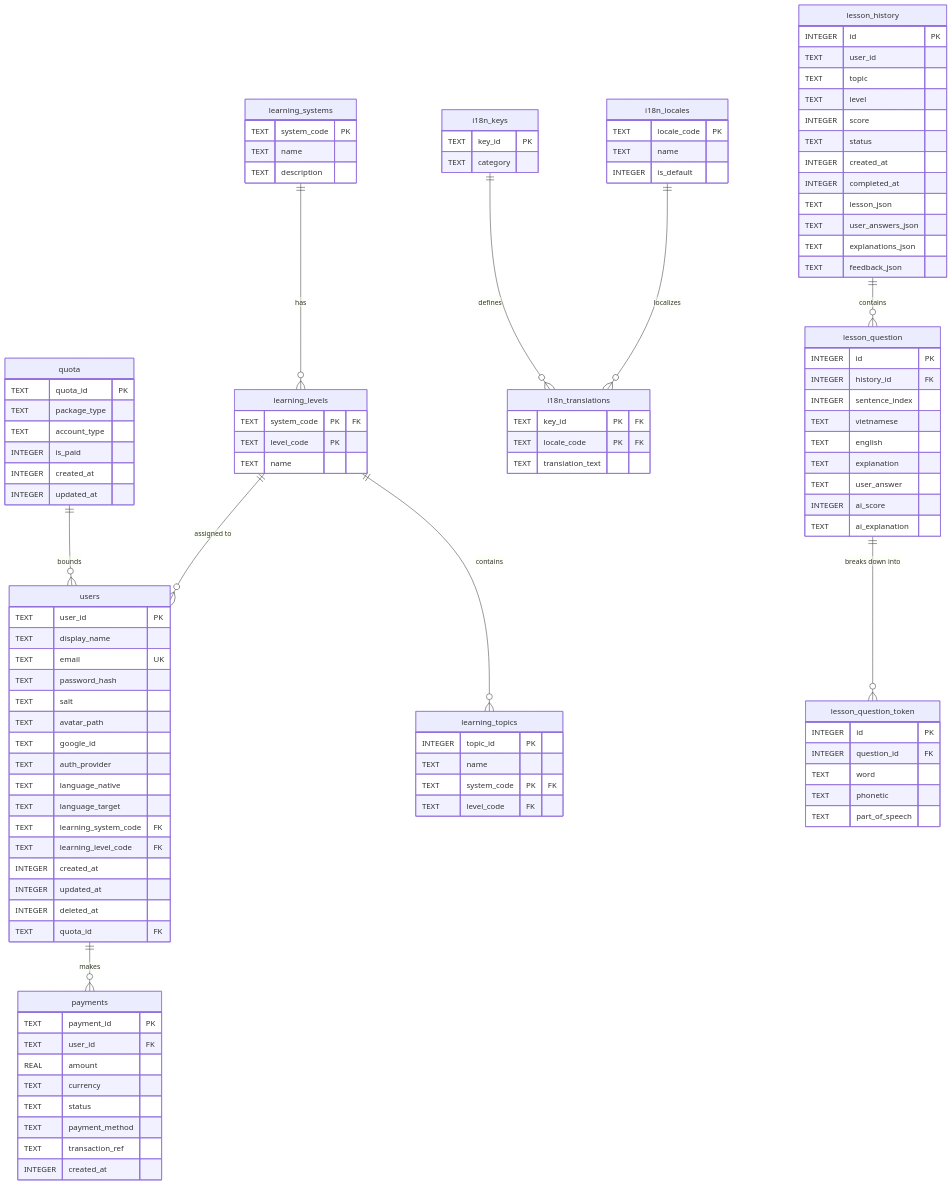
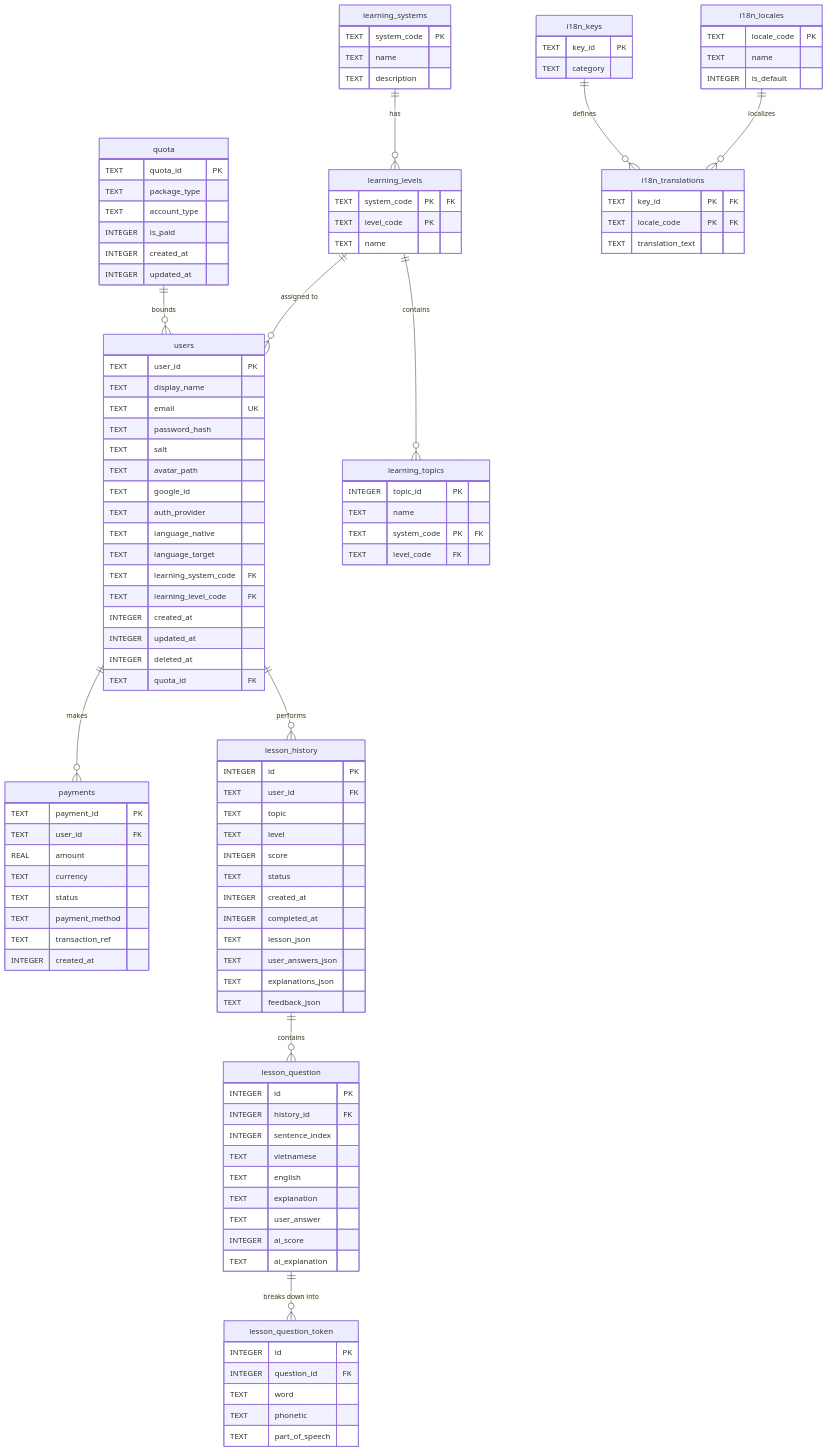
The diagram in docs/database_schema.md (vinh-gogo/ai-english), drawn with Mermaid before and after one commit.

Commit message:
docs: add users and lesson_history relationship to database schema diagram

```diff
--- a/docs/database_schema.md
+++ b/docs/database_schema.md
@@ -83,7 +83,7 @@
 
     lesson_history {
         INTEGER id PK
-        TEXT user_id
+        TEXT user_id FK
         TEXT topic
         TEXT level
         INTEGER score
@@ -121,6 +121,7 @@
     learning_levels ||--o{ users : "assigned to"
     quota ||--o{ users : "bounds"
     users ||--o{ payments : "makes"
+    users ||--o{ lesson_history : "performs"
     learning_levels ||--o{ learning_topics : "contains"
     
     i18n_locales ||--o{ i18n_translations : "localizes"
```
